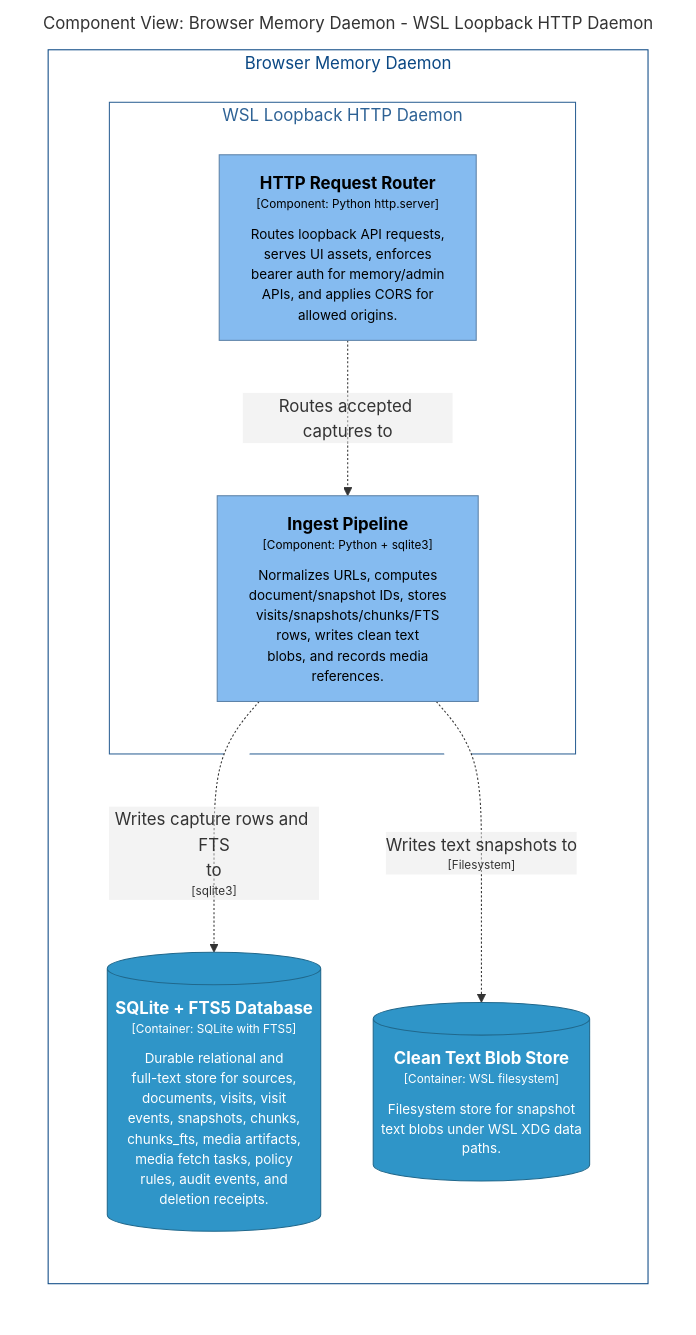
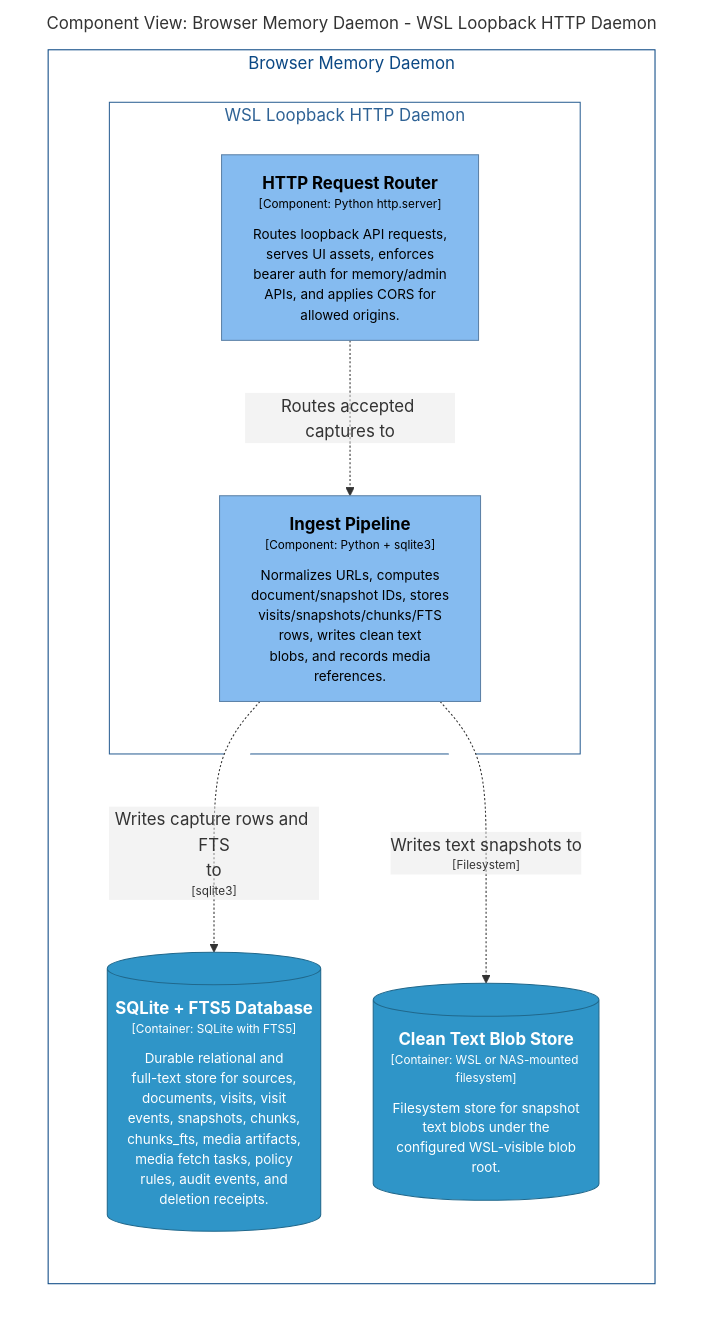
One commit to michaelnicks0/browser-memory-daemon changed the diagram in docs/architecture/diagrams/markdown/DaemonIngestComponents.md. Above: the diagram before and after it, drawn with Mermaid. The commit also changed 148 other files, not shown here.

Commit message:
feat: support NAS-backed blob root

````diff
--- a/docs/architecture/diagrams/markdown/DaemonIngestComponents.md
+++ b/docs/architecture/diagrams/markdown/DaemonIngestComponents.md
@@ -16,31 +16,31 @@
 ```mermaid
 graph LR
   linkStyle default fill:#ffffff
 
   subgraph diagram ["Component View: Browser Memory Daemon - WSL Loopback HTTP Daemon"]
     style diagram fill:#ffffff,stroke:#ffffff
 
     subgraph 4 ["Browser Memory Daemon"]
       style 4 fill:#ffffff,stroke:#0b4884,color:#0b4884
 
       subgraph 14 ["WSL Loopback HTTP Daemon"]
         style 14 fill:#ffffff,stroke:#2e6295,color:#2e6295
 
         15["<div style='font-weight: bold'>HTTP Request Router</div><div style='font-size: 70%; margin-top: 0px'>[Component: Python http.server]</div><div style='font-size: 80%; margin-top:10px'>Routes loopback API requests,<br />serves UI assets, enforces<br />bearer auth for memory/admin<br />APIs, and applies CORS for<br />allowed origins.</div>"]
         style 15 fill:#85bbf0,stroke:#5d82a8,color:#000000
         18["<div style='font-weight: bold'>Ingest Pipeline</div><div style='font-size: 70%; margin-top: 0px'>[Component: Python + sqlite3]</div><div style='font-size: 80%; margin-top:10px'>Normalizes URLs, computes<br />document/snapshot IDs, stores<br />visits/snapshots/chunks/FTS<br />rows, writes clean text<br />blobs, and records media<br />references.</div>"]
         style 18 fill:#85bbf0,stroke:#5d82a8,color:#000000
       end
 
       27[("<div style='font-weight: bold'>SQLite + FTS5 Database</div><div style='font-size: 70%; margin-top: 0px'>[Container: SQLite with FTS5]</div><div style='font-size: 80%; margin-top:10px'>Durable relational and<br />full-text store for sources,<br />documents, visits, visit<br />events, snapshots, chunks,<br />chunks_fts, media artifacts,<br />media fetch tasks, policy<br />rules, audit events, and<br />deletion receipts.</div>")]
       style 27 fill:#2f95c8,stroke:#20688c,color:#ffffff
-      28[("<div style='font-weight: bold'>Clean Text Blob Store</div><div style='font-size: 70%; margin-top: 0px'>[Container: WSL filesystem]</div><div style='font-size: 80%; margin-top:10px'>Filesystem store for snapshot<br />text blobs under WSL XDG data<br />paths.</div>")]
+      28[("<div style='font-weight: bold'>Clean Text Blob Store</div><div style='font-size: 70%; margin-top: 0px'>[Container: WSL or NAS-mounted filesystem]</div><div style='font-size: 80%; margin-top:10px'>Filesystem store for snapshot<br />text blobs under the<br />configured WSL-visible blob<br />root.</div>")]
       style 28 fill:#2f95c8,stroke:#20688c,color:#ffffff
     end
 
     15-. "<div>Routes accepted captures to</div><div style='font-size: 70%'></div>" .->18
     18-. "<div>Writes capture rows and FTS<br />to</div><div style='font-size: 70%'>[sqlite3]</div>" .->27
     18-. "<div>Writes text snapshots to</div><div style='font-size: 70%'>[Filesystem]</div>" .->28
 
   end
 ```
````
